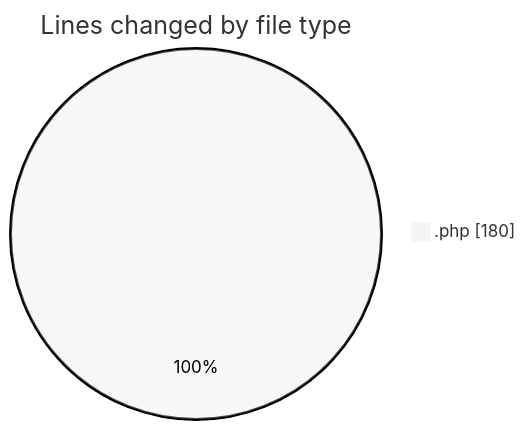
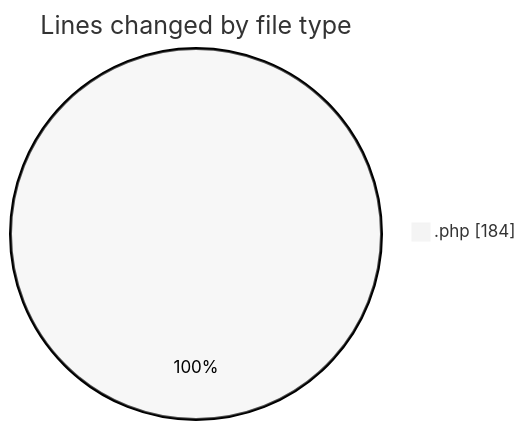
One commit to idhammustaqopulfikri/code-tracking changed the first of 2 diagrams in 2025-03-31/autodidak/README.md. Above: the diagram before and after it, drawn with Mermaid (neutral theme). The commit also changed other lines of this file and 1 other file, not shown here.

````diff
--- a/2025-03-31/autodidak/README.md
+++ b/2025-03-31/autodidak/README.md
@@ -22,5 +22,5 @@
 ```mermaid
 pie showData
 title Lines changed by file type
-".php" : 180
+".php" : 184
 ```
````
